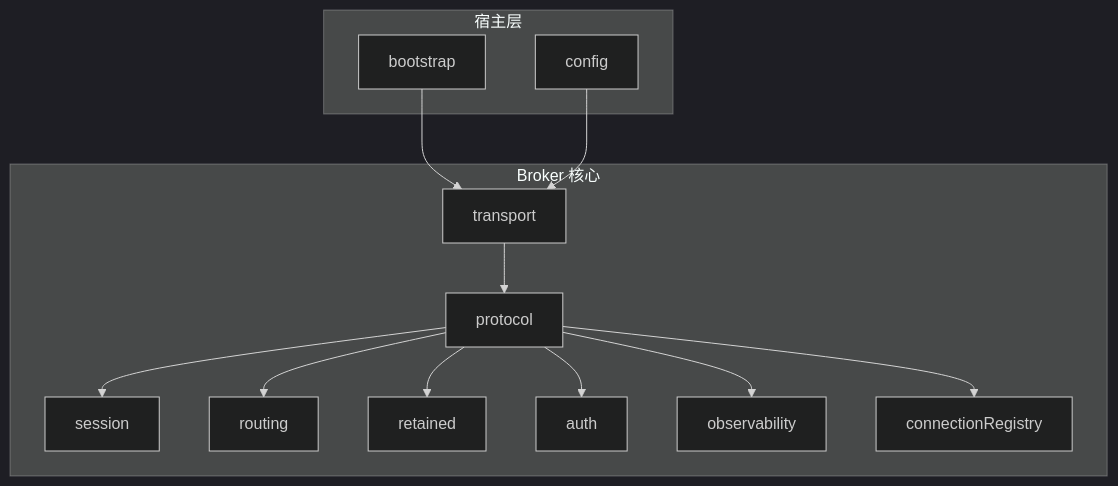
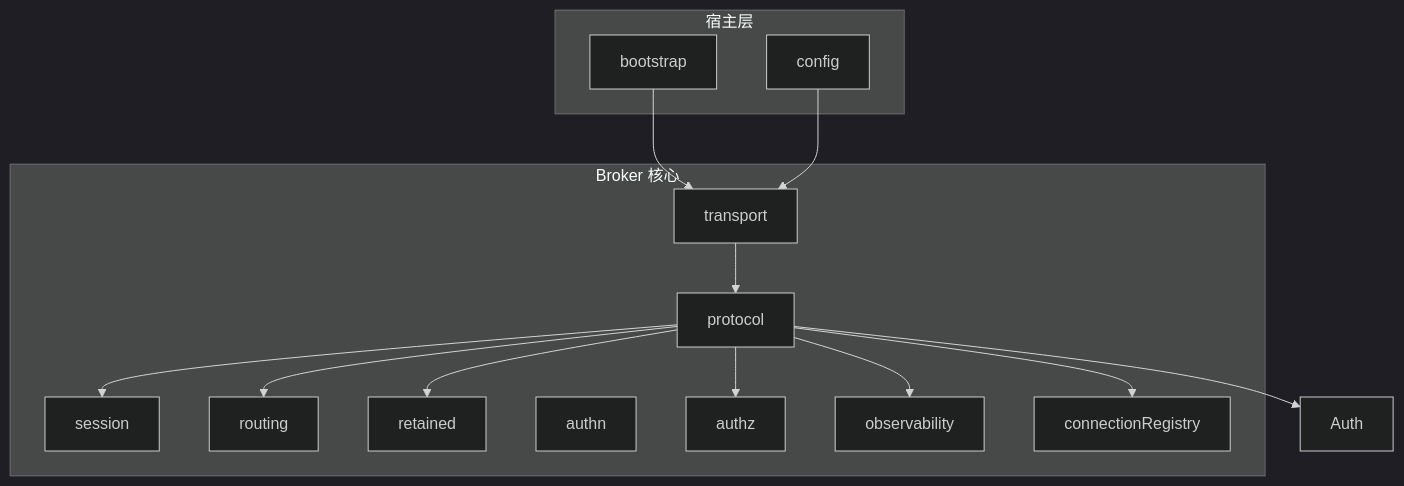
The diagram in docs/02-system/system-design.md (vxmqmqtt/vxmq), drawn with Mermaid (dark theme) before and after one commit. The commit also changed other lines of this file and 54 other files, not shown here.

Commit message:
feat: implement client authentication & authorization architecture

````diff
--- a/docs/02-system/system-design.md
+++ b/docs/02-system/system-design.md
@@ -23,28 +23,30 @@
 ```mermaid
 flowchart TD
     subgraph Host["宿主层"]
         Bootstrap["bootstrap"]
         Config["config"]
     end
 
     subgraph Core["Broker 核心"]
         Transport["transport"]
         Protocol["protocol"]
         Session["session"]
         Routing["routing"]
         Retained["retained"]
-        Auth["auth"]
+        Authn["authn"]
+        Authz["authz"]
         Observability["observability"]
         Connections["connectionRegistry"]
     end
 
     Bootstrap --> Transport
     Config --> Transport
     Transport --> Protocol
     Protocol --> Session
     Protocol --> Routing
     Protocol --> Retained
     Protocol --> Auth
+    Protocol --> Authz
     Protocol --> Observability
     Protocol --> Connections
 ```
````
